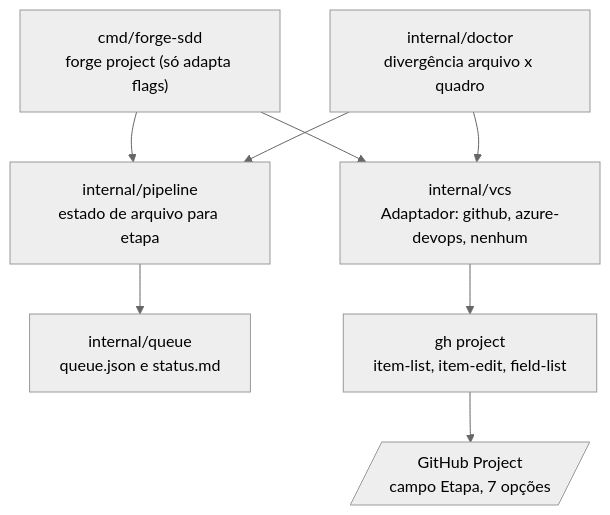
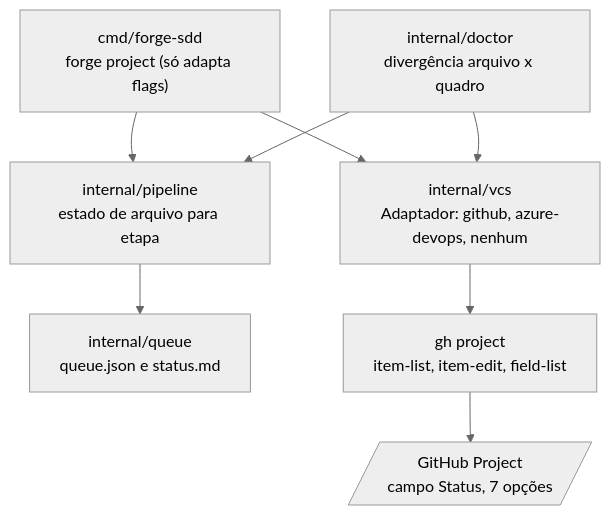
One commit to nathanramorim/forge-sdd changed the diagram in sdd/discovery/108-project-github-espelho-do-ciclo/diagramas/conteineres.mmd. Above: the diagram before and after it, drawn with Mermaid (neutral theme). The commit also changed 10 other files, not shown here.

First line of the commit message:
docs(108): o campo da etapa é o Status do Project (corrige premissa do Etapa)

```diff
--- a/sdd/discovery/108-project-github-espelho-do-ciclo/diagramas/conteineres.mmd
+++ b/sdd/discovery/108-project-github-espelho-do-ciclo/diagramas/conteineres.mmd
@@ -1,15 +1,15 @@
 flowchart TB
   cli["cmd/forge-sdd<br/>forge project (só adapta flags)"]
   mapa["internal/pipeline<br/>estado de arquivo para etapa"]
   vcs["internal/vcs<br/>Adaptador: github, azure-devops, nenhum"]
   fila["internal/queue<br/>queue.json e status.md"]
   doc["internal/doctor<br/>divergência arquivo x quadro"]
   ghcli["gh project<br/>item-list, item-edit, field-list"]
-  quadro[/"GitHub Project<br/>campo Etapa, 7 opções"/]
+  quadro[/"GitHub Project<br/>campo Status, 7 opções"/]
   cli --> mapa
   mapa --> fila
   cli --> vcs
   vcs --> ghcli
   ghcli --> quadro
   doc --> mapa
   doc --> vcs
```
